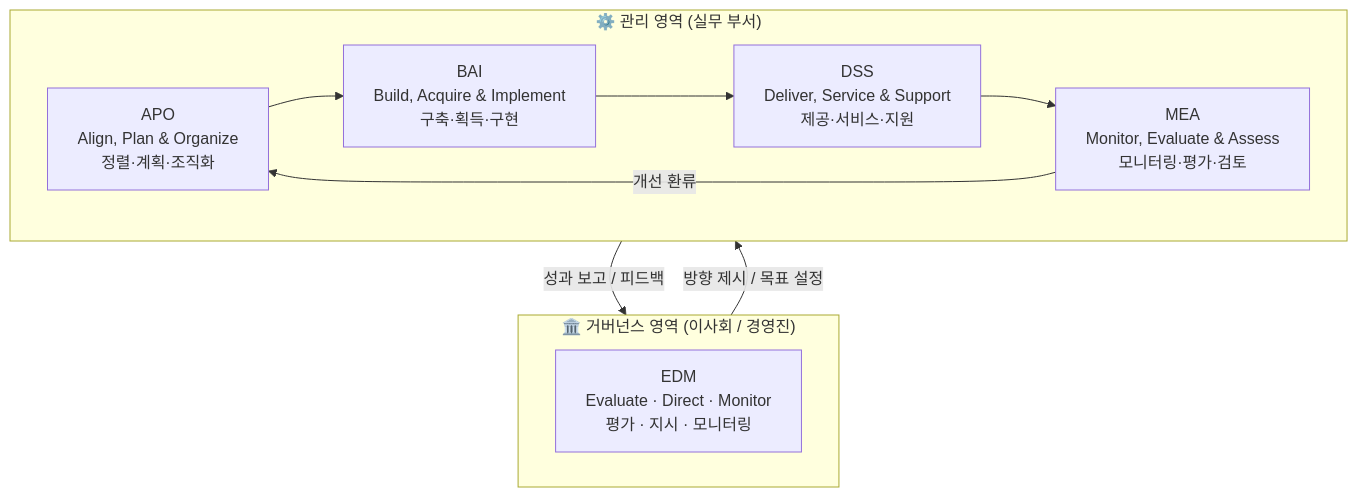
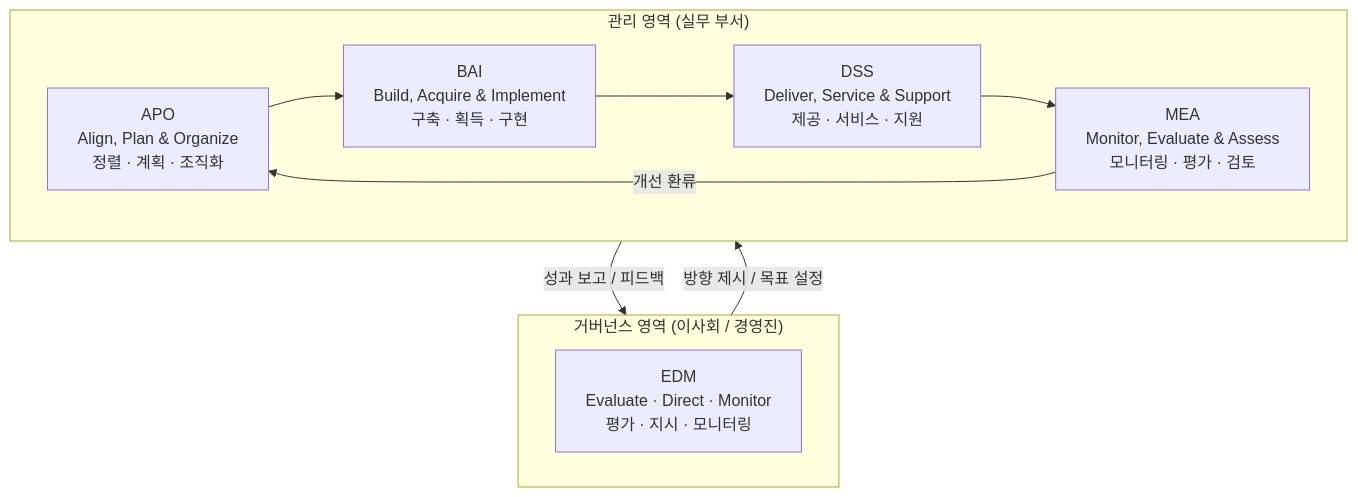
One commit to jeonck/fw-thinking changed the first of 5 diagrams in docs/01-it-governance/cobit-2019.md. Above: the diagram before and after it, drawn with Mermaid. The commit also changed other lines of this file, not shown here.

First line of the commit message:
COBIT 2019 Mermaid 다이어그램 렌더링 수정

````diff
--- a/docs/01-it-governance/cobit-2019.md
+++ b/docs/01-it-governance/cobit-2019.md
@@ -21,18 +21,18 @@
 ```mermaid
 flowchart TB
-    subgraph GOV["🏛️ 거버넌스 영역 (이사회 / 경영진)"]
-        EDM["EDM\nEvaluate · Direct · Monitor\n평가 · 지시 · 모니터링"]
+    subgraph GOV["거버넌스 영역 (이사회 / 경영진)"]
+        EDM["EDM<br/>Evaluate · Direct · Monitor<br/>평가 · 지시 · 모니터링"]
     end
 
-    subgraph MGT["⚙️ 관리 영역 (실무 부서)"]
-        APO["APO\nAlign, Plan & Organize\n정렬·계획·조직화"]
-        BAI["BAI\nBuild, Acquire & Implement\n구축·획득·구현"]
-        DSS["DSS\nDeliver, Service & Support\n제공·서비스·지원"]
-        MEA["MEA\nMonitor, Evaluate & Assess\n모니터링·평가·검토"]
+    subgraph MGT["관리 영역 (실무 부서)"]
+        APO["APO<br/>Align, Plan & Organize<br/>정렬 · 계획 · 조직화"]
+        BAI["BAI<br/>Build, Acquire & Implement<br/>구축 · 획득 · 구현"]
+        DSS["DSS<br/>Deliver, Service & Support<br/>제공 · 서비스 · 지원"]
+        MEA["MEA<br/>Monitor, Evaluate & Assess<br/>모니터링 · 평가 · 검토"]
     end
 
     GOV -->|"방향 제시 / 목표 설정"| MGT
     MGT -->|"성과 보고 / 피드백"| GOV
     APO --> BAI --> DSS --> MEA
     MEA -->|"개선 환류"| APO
 ```
````
